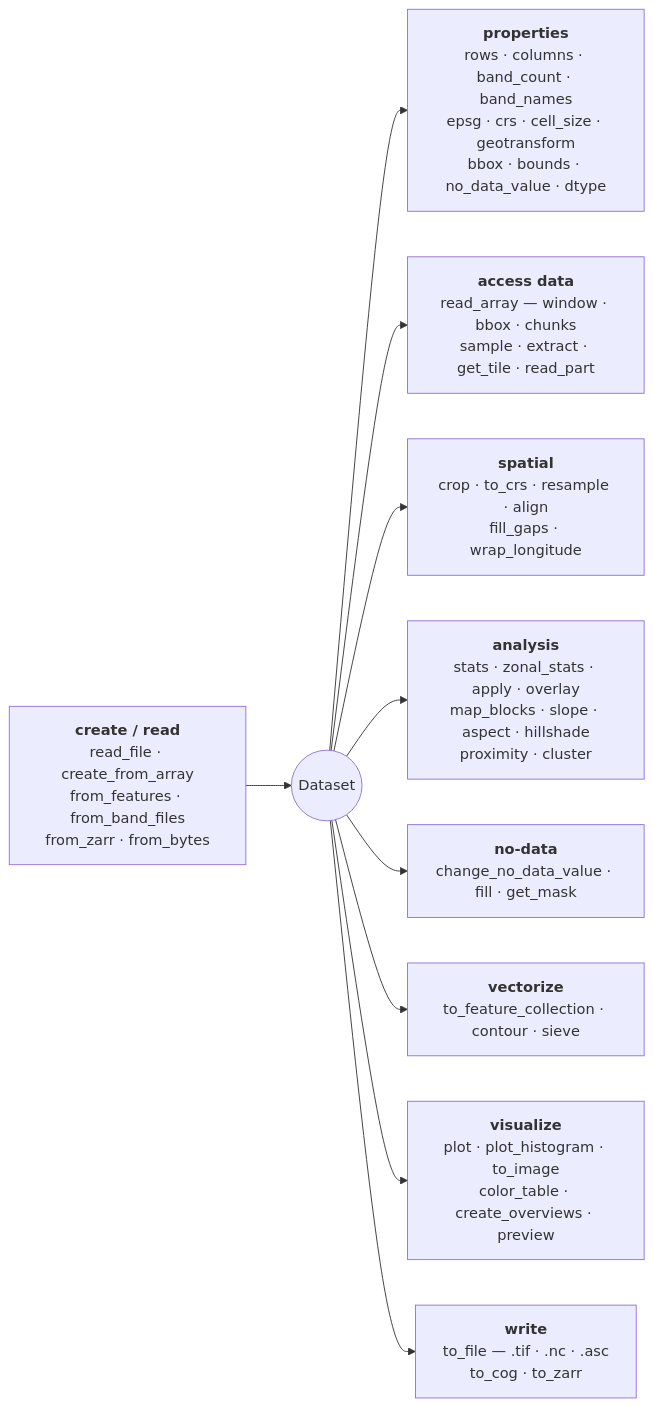
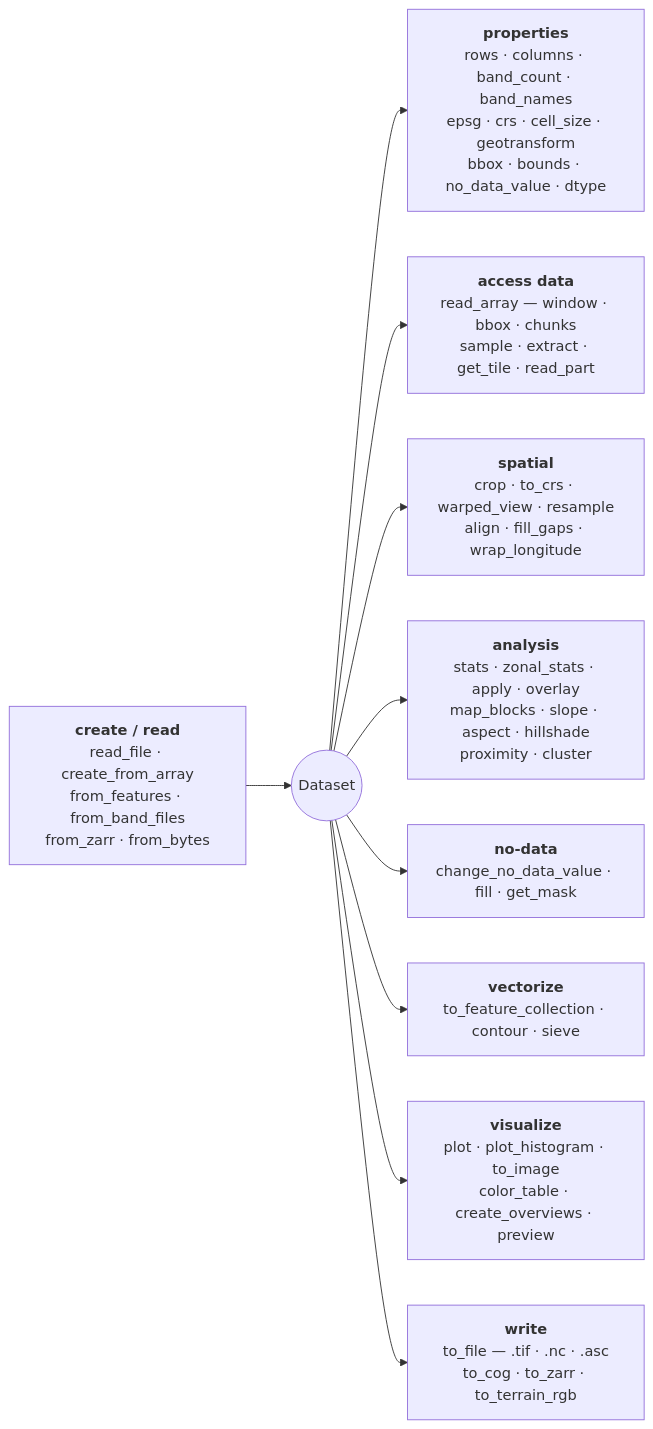
One commit to serapeum-org/pyramids changed the first of 4 diagrams in docs/reference/dataset/index.md. Above: the diagram before and after it, drawn with Mermaid. The commit also changed other lines of this file and 27 other files, not shown here.

````diff
--- a/docs/reference/dataset/index.md
+++ b/docs/reference/dataset/index.md
@@ -5,13 +5,13 @@
 ```mermaid
 flowchart LR
     CR["<b>create / read</b><br/>read_file · create_from_array<br/>from_features · from_band_files<br/>from_zarr · from_bytes"] --> DS(("Dataset"))
 
     DS --> PR["<b>properties</b><br/>rows · columns · band_count · band_names<br/>epsg · crs · cell_size · geotransform<br/>bbox · bounds · no_data_value · dtype"]
     DS --> AC["<b>access data</b><br/>read_array — window · bbox · chunks<br/>sample · extract · get_tile · read_part"]
-    DS --> SP["<b>spatial</b><br/>crop · to_crs · resample · align<br/>fill_gaps · wrap_longitude"]
+    DS --> SP["<b>spatial</b><br/>crop · to_crs · warped_view · resample<br/>align · fill_gaps · wrap_longitude"]
     DS --> AN["<b>analysis</b><br/>stats · zonal_stats · apply · overlay<br/>map_blocks · slope · aspect · hillshade<br/>proximity · cluster"]
     DS --> ND["<b>no-data</b><br/>change_no_data_value · fill · get_mask"]
     DS --> VE["<b>vectorize</b><br/>to_feature_collection · contour · sieve"]
     DS --> VI["<b>visualize</b><br/>plot · plot_histogram · to_image<br/>color_table · create_overviews · preview"]
-    DS --> WR["<b>write</b><br/>to_file — .tif · .nc · .asc<br/>to_cog · to_zarr"]
+    DS --> WR["<b>write</b><br/>to_file — .tif · .nc · .asc<br/>to_cog · to_zarr · to_terrain_rgb"]
 ```
````
